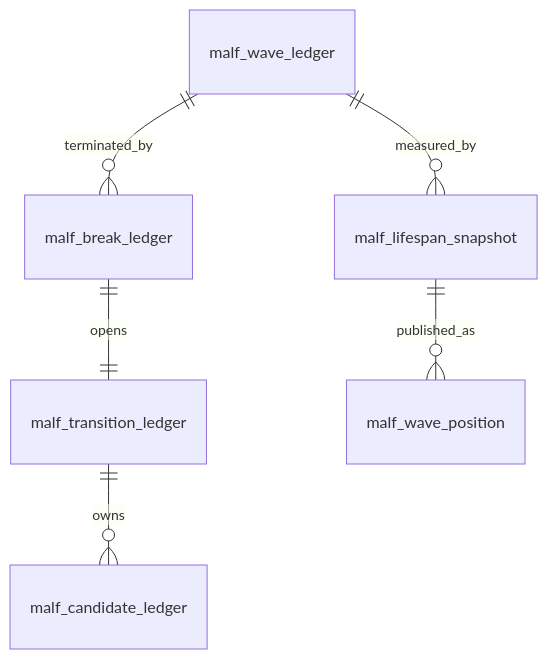
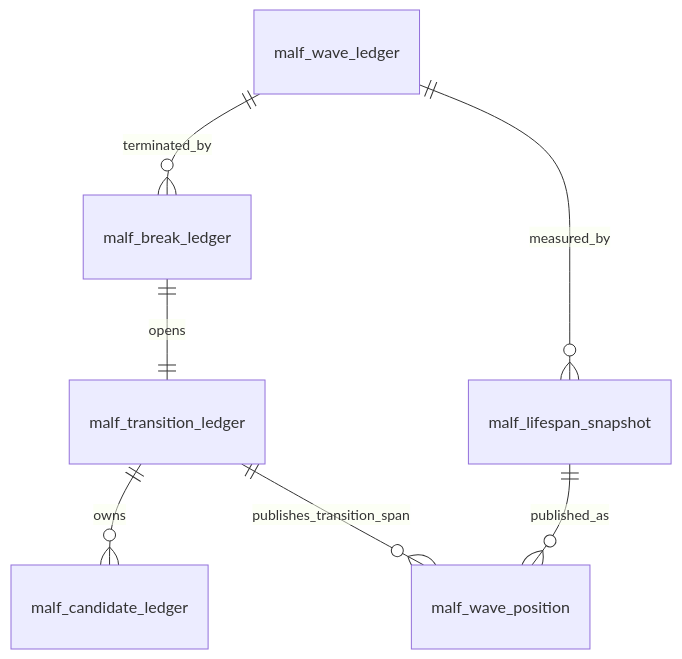
Before and after one commit to everything-is-simple/Asteria: the second of 2 diagrams in docs/02-modules/malf/02-database-schema-spec-v1.md, drawn with Mermaid. The commit also changed other lines of this file and 2 other files, not shown here.

Commit message:
docs: clarify malf service edge cases

````diff
--- a/docs/02-modules/malf/02-database-schema-spec-v1.md
+++ b/docs/02-modules/malf/02-database-schema-spec-v1.md
@@ -118,8 +123,9 @@
 ```mermaid
 erDiagram
     malf_wave_ledger ||--o{ malf_break_ledger : terminated_by
     malf_break_ledger ||--|| malf_transition_ledger : opens
     malf_transition_ledger ||--o{ malf_candidate_ledger : owns
     malf_wave_ledger ||--o{ malf_lifespan_snapshot : measured_by
     malf_lifespan_snapshot ||--o{ malf_wave_position : published_as
+    malf_transition_ledger ||--o{ malf_wave_position : publishes_transition_span
 ```
````
